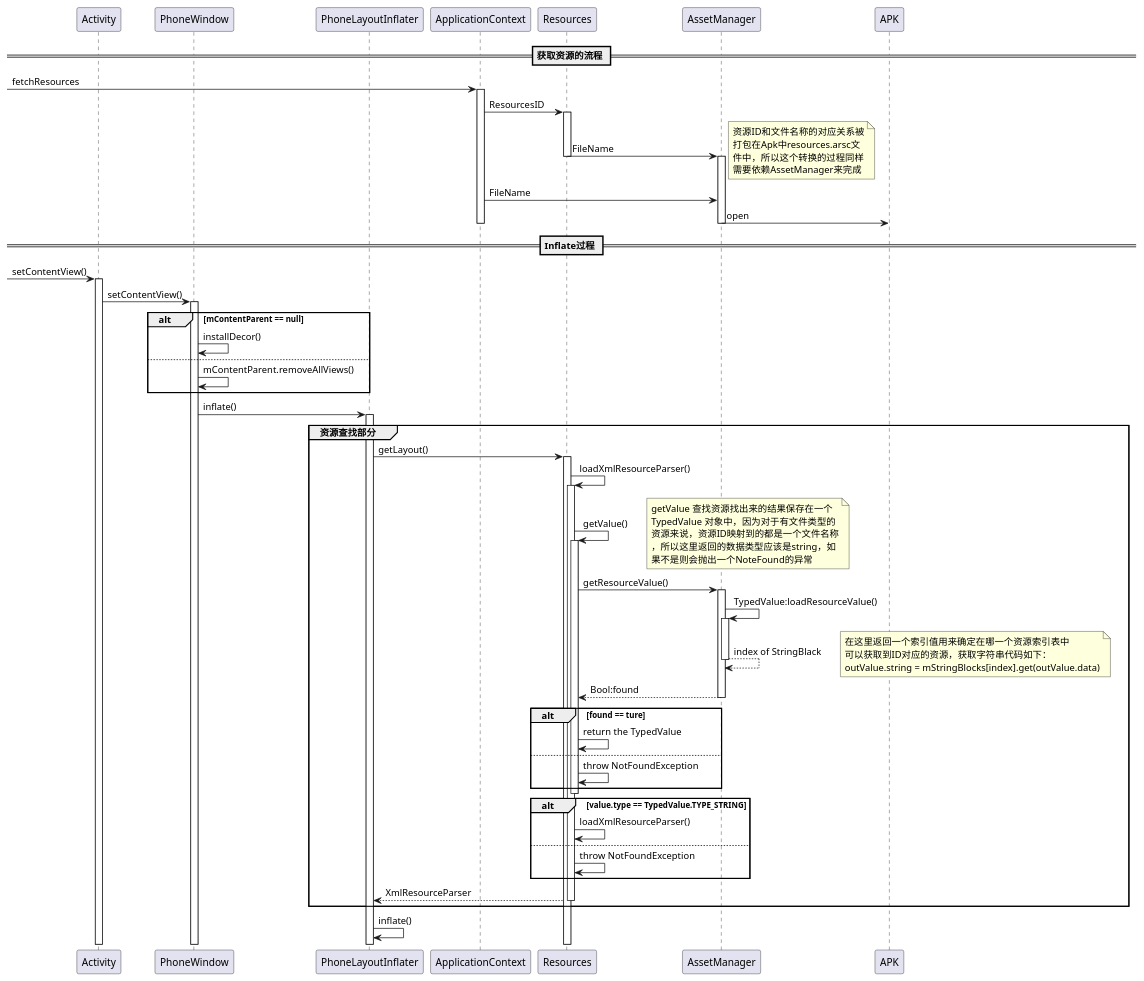
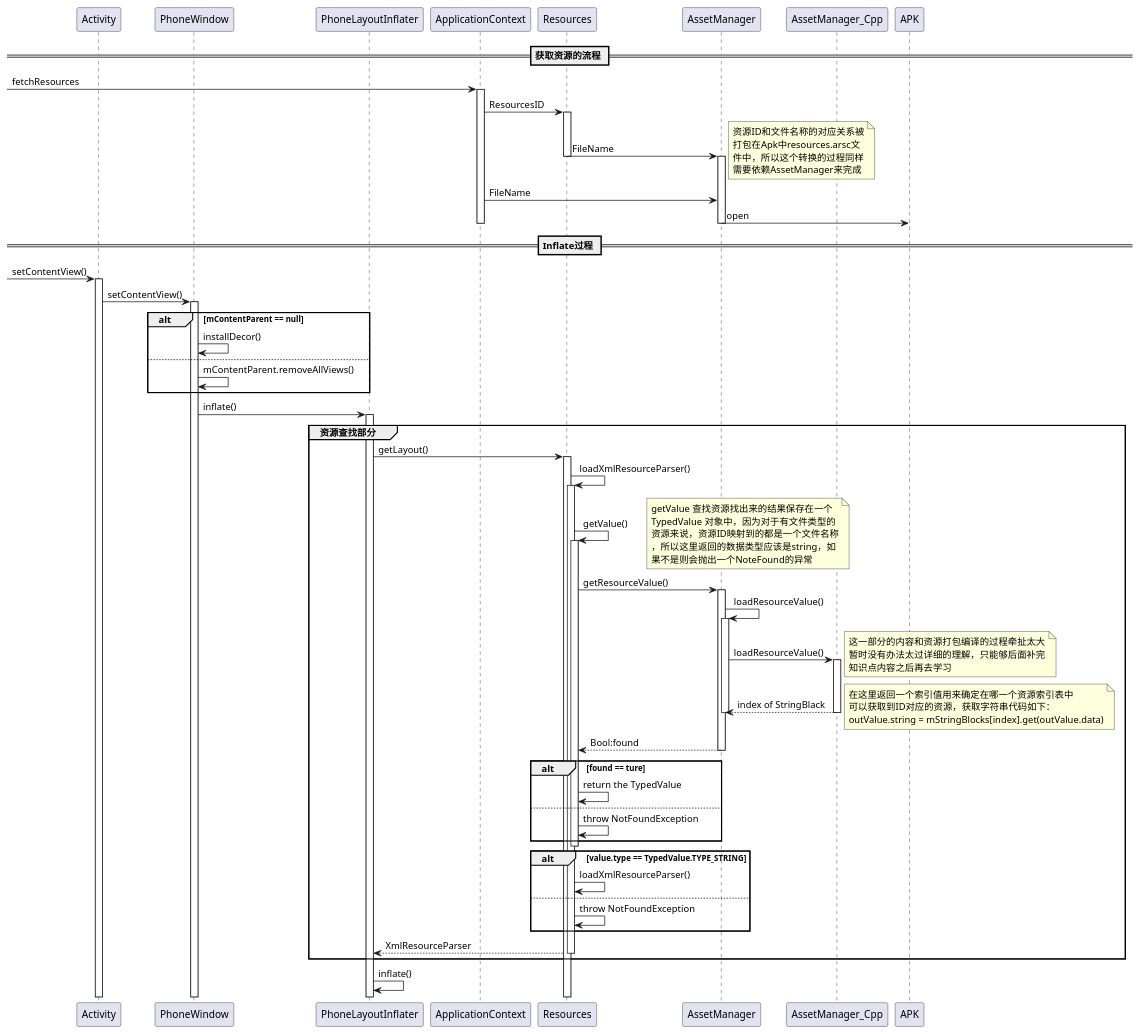
One commit to zhijianz/DevelopNotes changed the diagram in DLProjects/Android Resource System/ResourcesFetchProcess.pu. Above: the diagram before and after it, drawn with PlantUML. The commit also changed 1 other file, not shown here.

```diff
--- a/DLProjects/Android Resource System/ResourcesFetchProcess.pu
+++ b/DLProjects/Android Resource System/ResourcesFetchProcess.pu
@@ -1,99 +1,109 @@
 @startuml
 participant Activity
 participant PhoneWindow
 participant PhoneLayoutInflater
 
 participant ApplicationContext as ap
 participant Resources
 participant AssetManager
+participant AssetManager_Cpp
 participant APK
 
 == 获取资源的流程 ==
 [-> ap : fetchResources
 activate ap
 ap -> Resources : ResourcesID
 activate Resources
 Resources -> AssetManager : FileName
 note right
 资源ID和文件名称的对应关系被
 打包在Apk中resources.arsc文
 件中，所以这个转换的过程同样
 需要依赖AssetManager来完成
 end note
 deactivate Resources
 activate AssetManager
 ap -> AssetManager : FileName
 AssetManager -> APK : open
 deactivate ap
 deactivate AssetManager
 
 == Inflate过程 ==
 [-> Activity : setContentView()
 activate Activity
 
 Activity -> PhoneWindow : setContentView()
 activate PhoneWindow
 
 alt mContentParent == null
 PhoneWindow -> PhoneWindow : installDecor()
 else
 PhoneWindow -> PhoneWindow : mContentParent.removeAllViews()
 end alt
 PhoneWindow -> PhoneLayoutInflater : inflate()
 activate PhoneLayoutInflater
 
 group 资源查找部分
 PhoneLayoutInflater -> Resources : getLayout()
 activate Resources
 
 Resources -> Resources : loadXmlResourceParser()
 activate Resources
 
 Resources -> Resources : getValue()
 note right
 getValue 查找资源找出来的结果保存在一个
 TypedValue 对象中，因为对于有文件类型的
 资源来说，资源ID映射到的都是一个文件名称
 ，所以这里返回的数据类型应该是string，如
 果不是则会抛出一个NoteFound的异常
 end note
 activate Resources
 
 Resources -> AssetManager : getResourceValue()
 activate AssetManager
 
-AssetManager -> AssetManager : TypedValue:loadResourceValue()
+AssetManager -> AssetManager : loadResourceValue()
 activate AssetManager
 
-AssetManager --> AssetManager : index of StringBlack
+AssetManager -> AssetManager_Cpp : loadResourceValue()
+activate AssetManager_Cpp
+note right
+这一部分的内容和资源打包编译的过程牵扯太大
+暂时没有办法太过详细的理解，只能够后面补完
+知识点内容之后再去学习
+end note
+
+AssetManager_Cpp --> AssetManager : index of StringBlack
+deactivate AssetManager_Cpp
 deactivate AssetManager
 note right
 在这里返回一个索引值用来确定在哪一个资源索引表中
 可以获取到ID对应的资源，获取字符串代码如下：
 outValue.string = mStringBlocks[index].get(outValue.data)
 end note
 
 AssetManager --> Resources : Bool:found
 deactivate AssetManager
 
 alt found == ture
 Resources -> Resources : return the TypedValue
 else
 Resources -> Resources : throw NotFoundException
 end alt
 deactivate Resources
 
 alt value.type == TypedValue.TYPE_STRING
 Resources -> Resources : loadXmlResourceParser()
 else
 Resources -> Resources : throw NotFoundException
 end alt
 
 
 Resources --> PhoneLayoutInflater : XmlResourceParser
 deactivate Resources
 end group
 
 PhoneLayoutInflater -> PhoneLayoutInflater : inflate()
 
 @enduml
```
